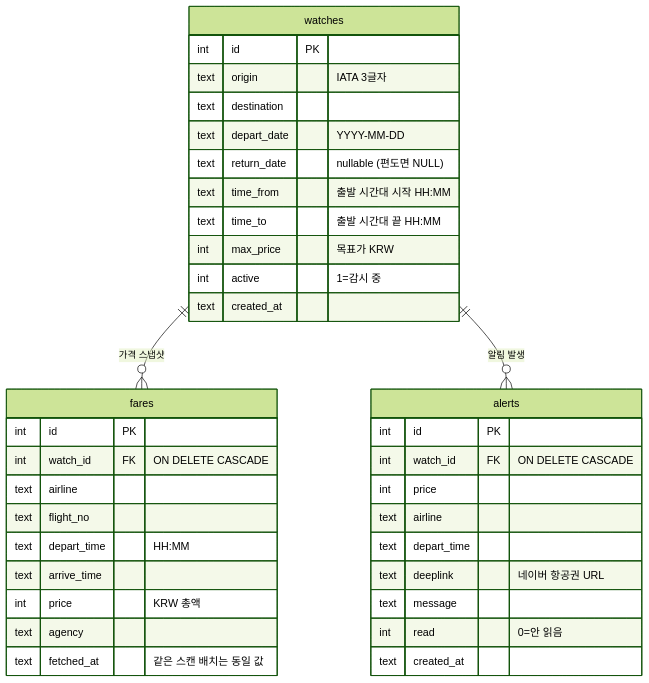
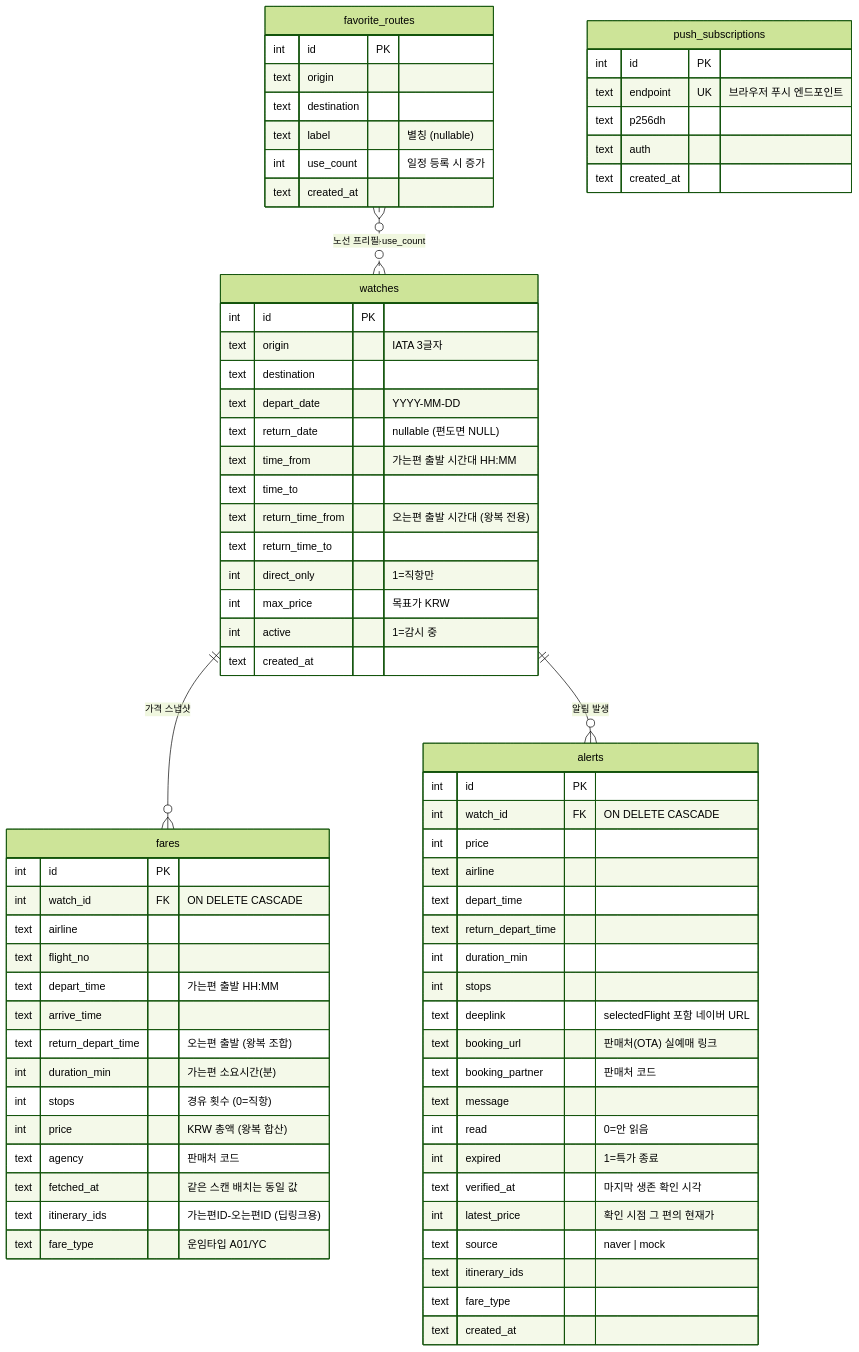
The diagram in src/docs/diagrams/database.md (noachilles/plane-scan), drawn with Mermaid (forest theme) before and after one commit. The commit also changed other lines of this file and 41 other files, not shown here.

````diff
--- a/src/docs/diagrams/database.md
+++ b/src/docs/diagrams/database.md
@@ -5,42 +5,79 @@
 ```mermaid
 erDiagram
   watches ||--o{ fares : "가격 스냅샷"
   watches ||--o{ alerts : "알림 발생"
+  favorite_routes }o..o{ watches : "노선 프리필·use_count"
 
   watches {
     int id PK
     text origin "IATA 3글자"
     text destination
     text depart_date "YYYY-MM-DD"
     text return_date "nullable (편도면 NULL)"
-    text time_from "출발 시간대 시작 HH:MM"
-    text time_to "출발 시간대 끝 HH:MM"
+    text time_from "가는편 출발 시간대 HH:MM"
+    text time_to
+    text return_time_from "오는편 출발 시간대 (왕복 전용)"
+    text return_time_to
+    int direct_only "1=직항만"
     int max_price "목표가 KRW"
     int active "1=감시 중"
     text created_at
   }
 
   fares {
     int id PK
     int watch_id FK "ON DELETE CASCADE"
     text airline
     text flight_no
-    text depart_time "HH:MM"
+    text depart_time "가는편 출발 HH:MM"
     text arrive_time
-    int price "KRW 총액"
-    text agency
+    text return_depart_time "오는편 출발 (왕복 조합)"
+    int duration_min "가는편 소요시간(분)"
+    int stops "경유 횟수 (0=직항)"
+    int price "KRW 총액 (왕복 합산)"
+    text agency "판매처 코드"
     text fetched_at "같은 스캔 배치는 동일 값"
+    text itinerary_ids "가는편ID-오는편ID (딥링크용)"
+    text fare_type "운임타입 A01/YC"
   }
 
   alerts {
     int id PK
     int watch_id FK "ON DELETE CASCADE"
     int price
     text airline
     text depart_time
-    text deeplink "네이버 항공권 URL"
+    text return_depart_time
+    int duration_min
+    int stops
+    text deeplink "selectedFlight 포함 네이버 URL"
+    text booking_url "판매처(OTA) 실예매 링크"
+    text booking_partner "판매처 코드"
     text message
     int read "0=안 읽음"
+    int expired "1=특가 종료"
+    text verified_at "마지막 생존 확인 시각"
+    int latest_price "확인 시점 그 편의 현재가"
+    text source "naver | mock"
+    text itinerary_ids
+    text fare_type
+    text created_at
+  }
+
+  favorite_routes {
+    int id PK
+    text origin
+    text destination
+    text label "별칭 (nullable)"
+    int use_count "일정 등록 시 증가"
+    text created_at
+  }
+
+  push_subscriptions {
+    int id PK
+    text endpoint UK "브라우저 푸시 엔드포인트"
+    text p256dh
+    text auth
     text created_at
   }
 ```
````
